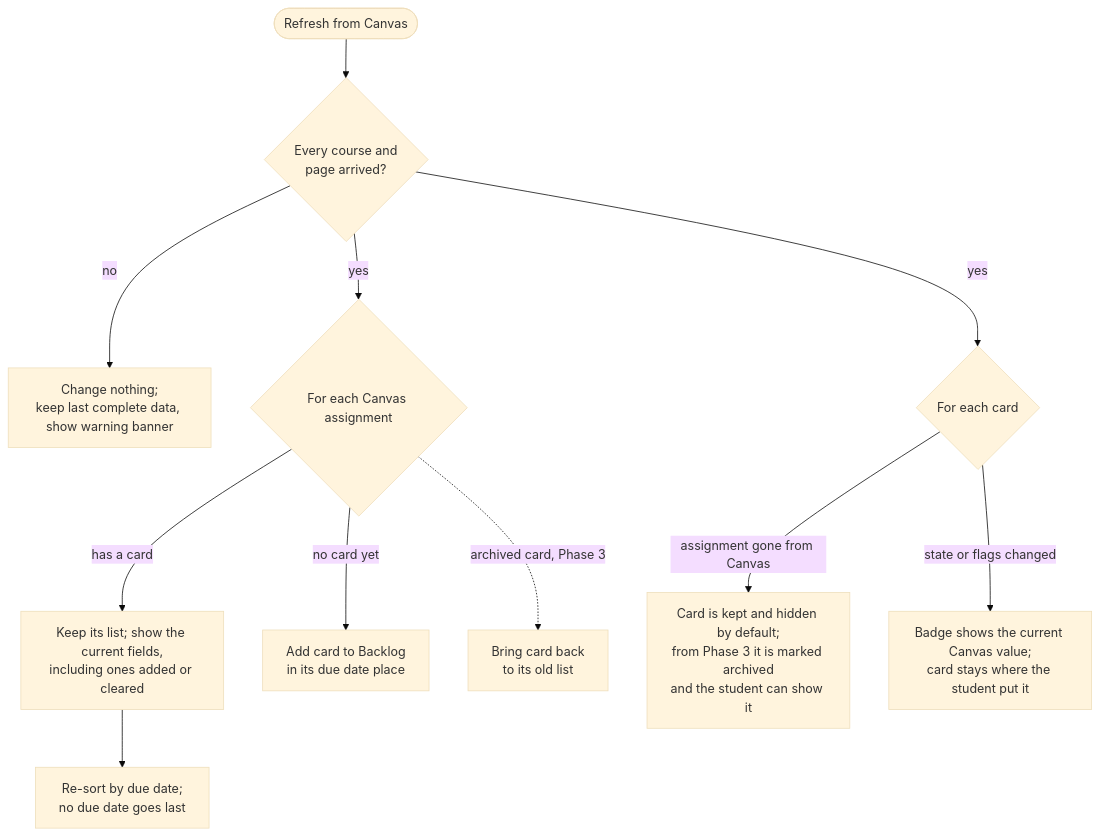
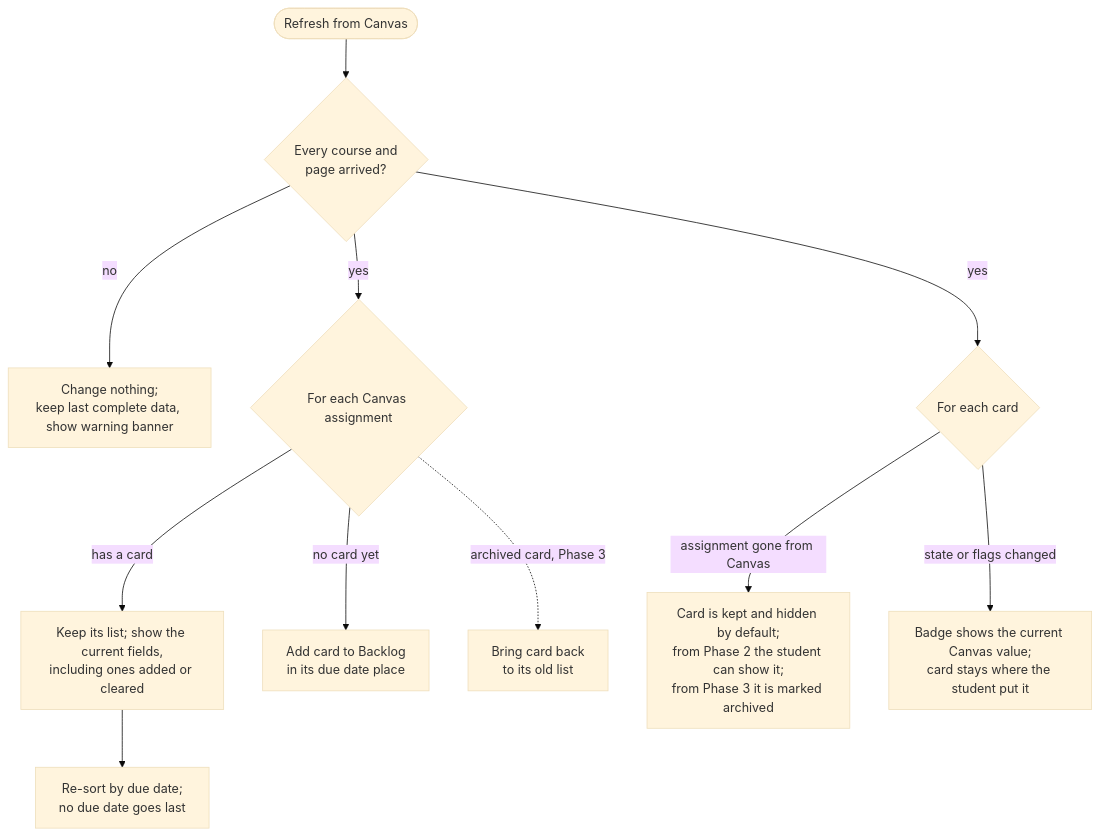
One commit to bbranton/TestProj changed the sixth of 9 diagrams in docs/canvas-portal/04-ui-specification.md. Above: the diagram before and after it, drawn with Mermaid (base theme). The commit also changed other lines of this file, not shown here.

First line of the commit message:
UI spec: show cards removed from Canvas from Phase 2

````diff
--- a/docs/canvas-portal/04-ui-specification.md
+++ b/docs/canvas-portal/04-ui-specification.md
@@ -733,13 +742,13 @@
 ```mermaid
 flowchart TD
     A([Refresh from Canvas]) --> Z{Every course and<br/>page arrived?}
     Z -- no --> Y[Change nothing;<br/>keep last complete data, show warning banner]
     Z -- yes --> B{For each Canvas assignment}
     B -- has a card --> C[Keep its list; show the current fields,<br/>including ones added or cleared]
     C --> C2[Re-sort by due date;<br/>no due date goes last]
     B -- no card yet --> D[Add card to Backlog<br/>in its due date place]
     B -. archived card, Phase 3 .-> R[Bring card back<br/>to its old list]
     Z -- yes --> E{For each card}
-    E -- assignment gone from Canvas --> F[Card is kept and hidden by default;<br/>from Phase 3 it is marked archived<br/>and the student can show it]
+    E -- assignment gone from Canvas --> F[Card is kept and hidden by default;<br/>from Phase 2 the student can show it;<br/>from Phase 3 it is marked archived]
     E -- state or flags changed --> G[Badge shows the current Canvas value;<br/>card stays where the student put it]
 ```
````
